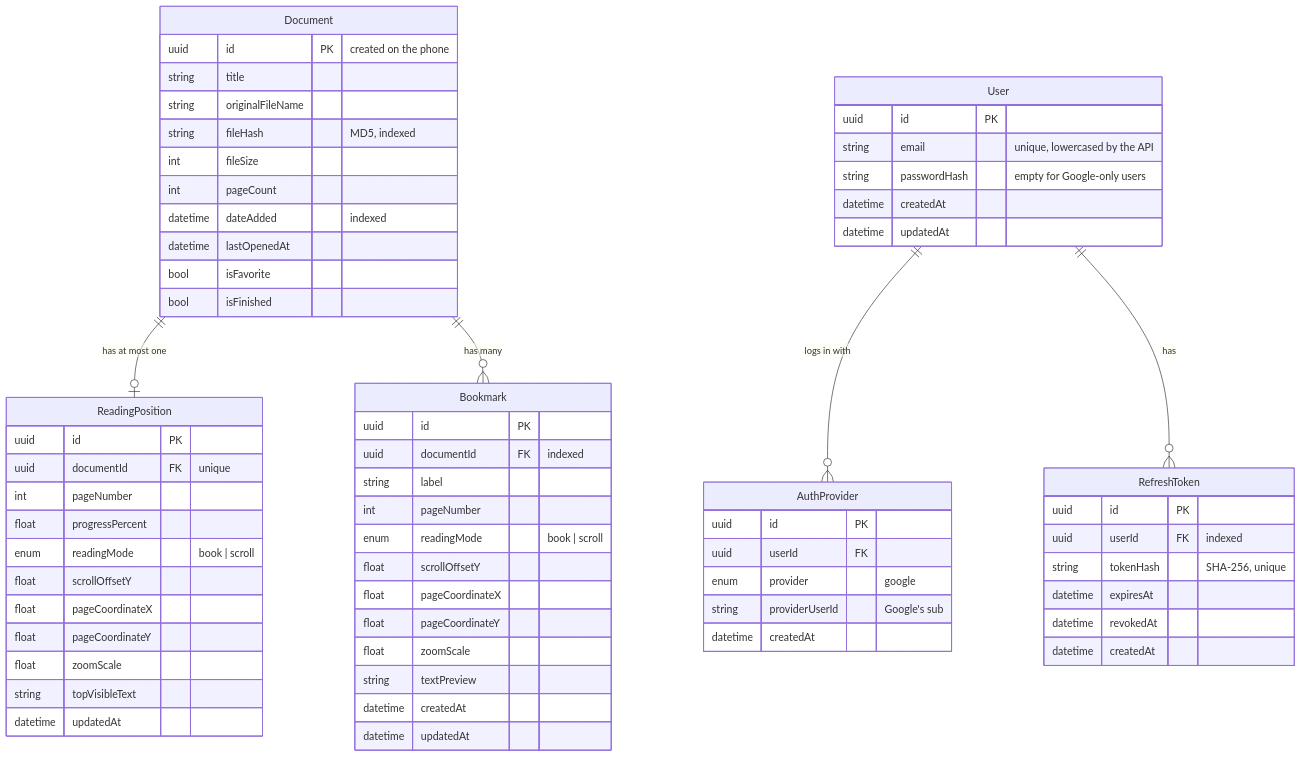
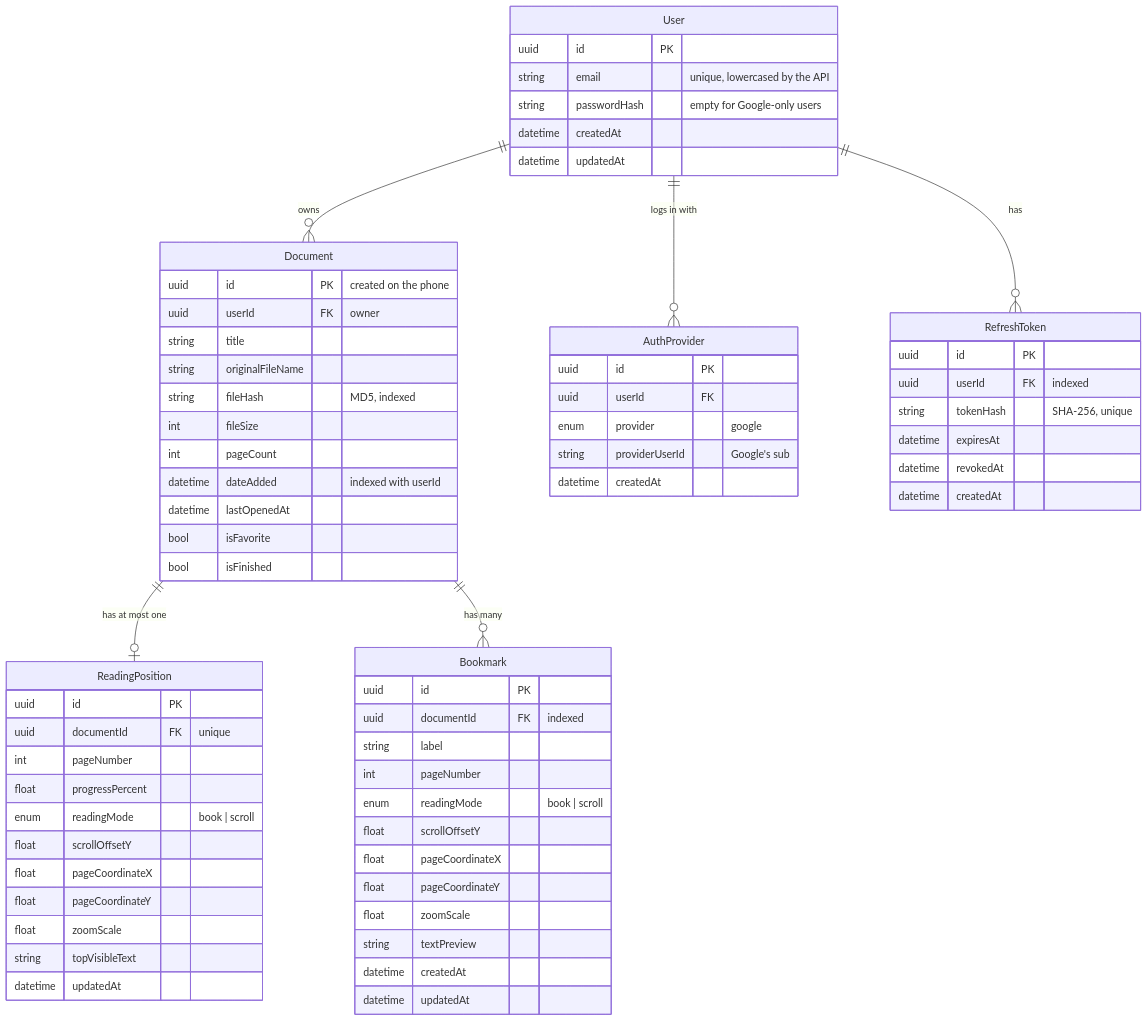
Before and after one commit to AnhTRJotnar/Postgres-Project: the second of 2 diagrams in docs/ARCHITECTURE.md, drawn with Mermaid. The commit also changed other lines of this file and 13 other files, not shown here.

Commit message:
Require login on all data routes and give every document an owner

````diff
--- a/docs/ARCHITECTURE.md
+++ b/docs/ARCHITECTURE.md
@@ -110,68 +110,70 @@
 ```mermaid
 erDiagram
     Document ||--o| ReadingPosition : "has at most one"
     Document ||--o{ Bookmark : "has many"
     Document {
         uuid id PK "created on the phone"
+        uuid userId FK "owner"
         string title
         string originalFileName
         string fileHash "MD5, indexed"
         int fileSize
         int pageCount
-        datetime dateAdded "indexed"
+        datetime dateAdded "indexed with userId"
         datetime lastOpenedAt
         bool isFavorite
         bool isFinished
     }
     ReadingPosition {
         uuid id PK
         uuid documentId FK "unique"
         int pageNumber
         float progressPercent
         enum readingMode "book | scroll"
         float scrollOffsetY
         float pageCoordinateX
         float pageCoordinateY
         float zoomScale
         string topVisibleText
         datetime updatedAt
     }
     Bookmark {
         uuid id PK
         uuid documentId FK "indexed"
         string label
         int pageNumber
         enum readingMode "book | scroll"
         float scrollOffsetY
         float pageCoordinateX
         float pageCoordinateY
         float zoomScale
         string textPreview
         datetime createdAt
         datetime updatedAt
     }
     User ||--o{ AuthProvider : "logs in with"
     User ||--o{ RefreshToken : "has"
+    User ||--o{ Document : "owns"
     User {
         uuid id PK
         string email "unique, lowercased by the API"
         string passwordHash "empty for Google-only users"
         datetime createdAt
         datetime updatedAt
     }
     AuthProvider {
         uuid id PK
         uuid userId FK
         enum provider "google"
         string providerUserId "Google's sub"
         datetime createdAt
     }
     RefreshToken {
         uuid id PK
         uuid userId FK "indexed"
         string tokenHash "SHA-256, unique"
         datetime expiresAt
         datetime revokedAt
         datetime createdAt
     }
 ```
````
